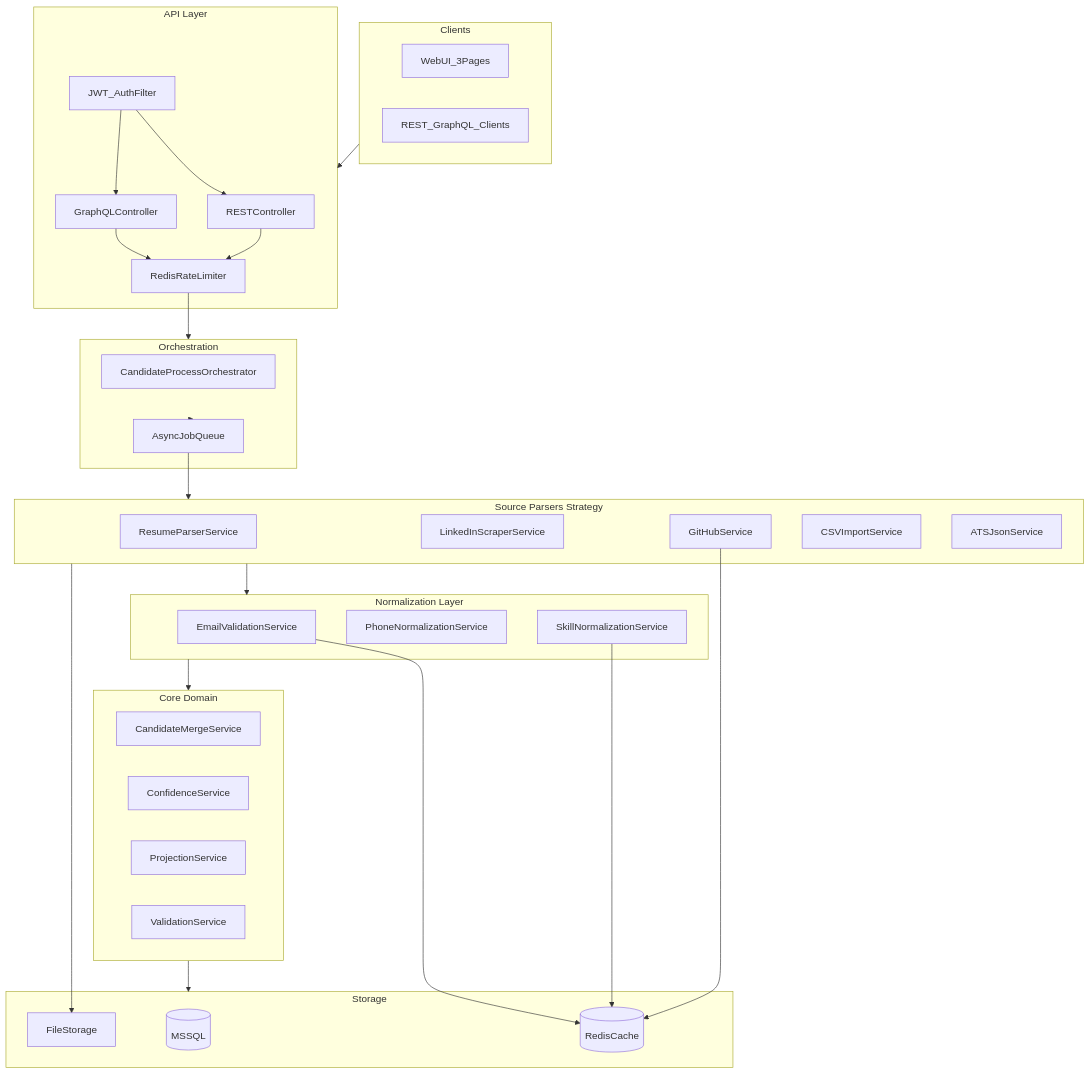
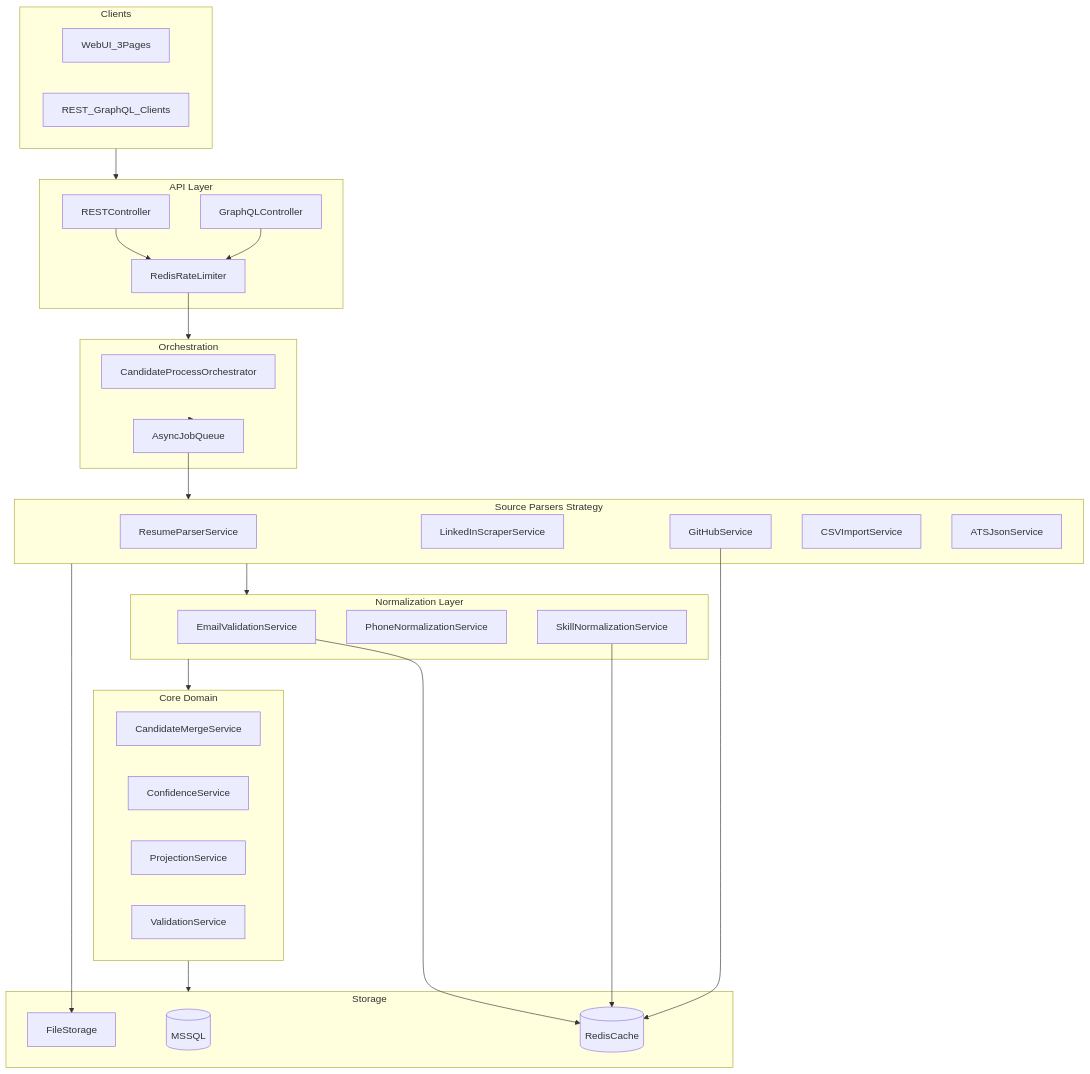
Before and after one commit to Tharunraj-U/Multi-source-candidate-data-transformer: the first of 11 diagrams in docs/CANDIDATE_PROFILE_TRANSFORMATION_SYSTEM.md, drawn with Mermaid. The commit also changed other lines of this file, not shown here.

````diff
--- a/docs/CANDIDATE_PROFILE_TRANSFORMATION_SYSTEM.md
+++ b/docs/CANDIDATE_PROFILE_TRANSFORMATION_SYSTEM.md
@@ -87,62 +87,59 @@
 ```mermaid
 flowchart TB
     subgraph clients [Clients]
         WebUI[WebUI_3Pages]
         APIClients[REST_GraphQL_Clients]
     end
 
     subgraph gateway [API Layer]
         REST[RESTController]
         GQL[GraphQLController]
         RateLimit[RedisRateLimiter]
-        Auth[JWT_AuthFilter]
     end
 
     subgraph orchestration [Orchestration]
         ProcessOrchestrator[CandidateProcessOrchestrator]
         AsyncQueue[AsyncJobQueue]
     end
 
     subgraph parsers [Source Parsers Strategy]
         ResumeParser[ResumeParserService]
         LinkedInScraper[LinkedInScraperService]
         GitHubService[GitHubService]
         CSVImport[CSVImportService]
         ATSJson[ATSJsonService]
     end
 
     subgraph normalization [Normalization Layer]
         EmailVal[EmailValidationService]
         PhoneNorm[PhoneNormalizationService]
         SkillNorm[SkillNormalizationService]
     end
 
     subgraph core [Core Domain]
         MergeService[CandidateMergeService]
         ConfidenceService[ConfidenceService]
         ProjectionService[ProjectionService]
         ValidationService[ValidationService]
     end
 
     subgraph storage [Storage]
         MSSQL[(MSSQL)]
         Redis[(RedisCache)]
         FileStore[FileStorage]
     end
 
     clients --> gateway
-    Auth --> REST
-    Auth --> GQL
     REST --> RateLimit
     GQL --> RateLimit
     RateLimit --> orchestration
     orchestration --> AsyncQueue
     AsyncQueue --> parsers
     parsers --> normalization
     normalization --> core
     core --> storage
     parsers --> FileStore
     EmailVal --> Redis
     SkillNorm --> Redis
     GitHubService --> Redis
 ```
````
